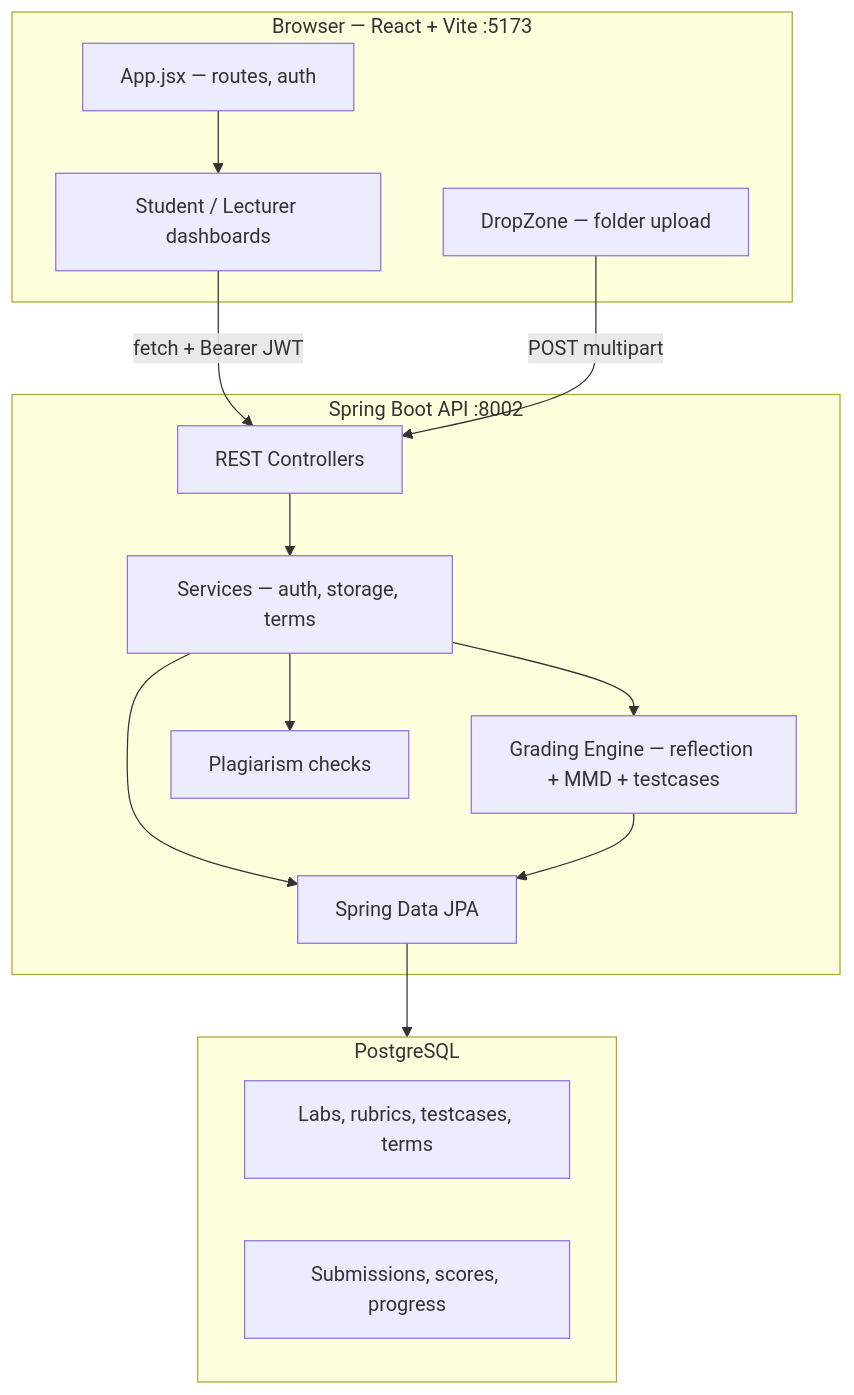
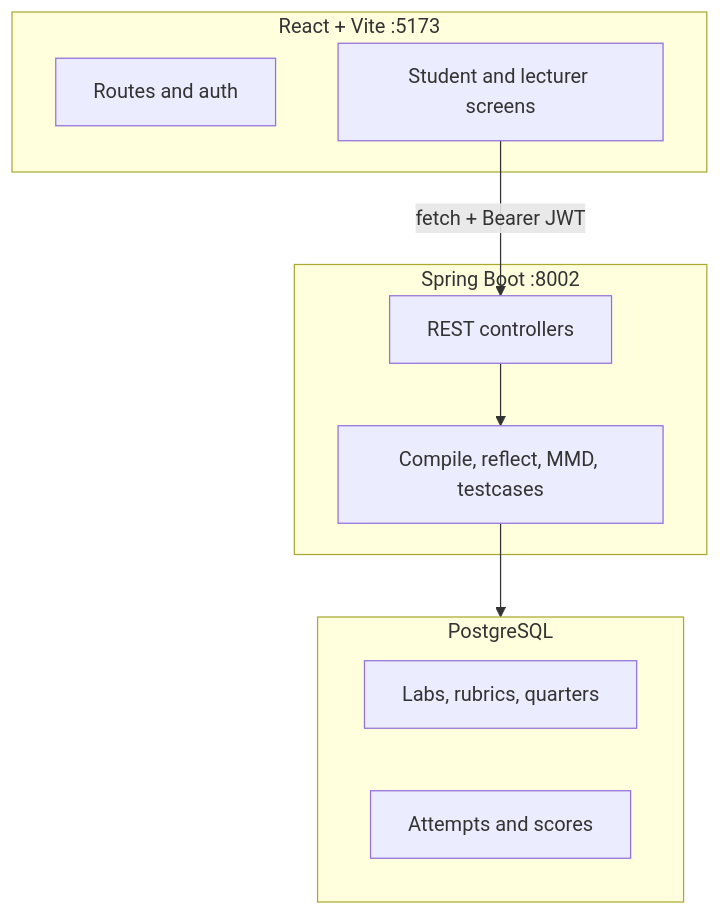
Before and after one commit to Project-G5741/OOP-AutoGrader: the second of 2 diagrams in README.md, drawn with Mermaid. The commit also changed other lines of this file, not shown here.

````diff
--- a/README.md
+++ b/README.md
@@ -76,31 +100,21 @@
 ```mermaid
 flowchart TB
-    subgraph Browser["Browser — React + Vite :5173"]
-        App["App.jsx — routes, auth"]
-        Pages["Student / Lecturer dashboards"]
-        DropZone["DropZone — folder upload"]
+    subgraph Browser["React + Vite :5173"]
+        App["Routes and auth"]
+        Pages["Student and lecturer screens"]
     end
 
-    subgraph API["Spring Boot API :8002"]
-        Controllers["REST Controllers"]
-        Services["Services — auth, storage, terms"]
-        Grading["Grading Engine — reflection + MMD + testcases"]
-        Plagiarism["Plagiarism checks"]
-        JPA["Spring Data JPA"]
+    subgraph API["Spring Boot :8002"]
+        Controllers["REST controllers"]
+        Grading["Compile, reflect, MMD, testcases"]
     end
 
     subgraph DB["PostgreSQL"]
-        Rubric["Labs, rubrics, testcases, terms"]
-        Results["Submissions, scores, progress"]
+        Rubric["Labs, rubrics, quarters"]
+        Results["Attempts and scores"]
     end
 
-    App --> Pages
     Pages -->|"fetch + Bearer JWT"| Controllers
-    DropZone -->|"POST multipart"| Controllers
-    Controllers --> Services
-    Services --> Grading
-    Services --> Plagiarism
-    Services --> JPA
-    Grading --> JPA
-    JPA --> DB
+    Controllers --> Grading
+    Grading --> DB
 ```
````
